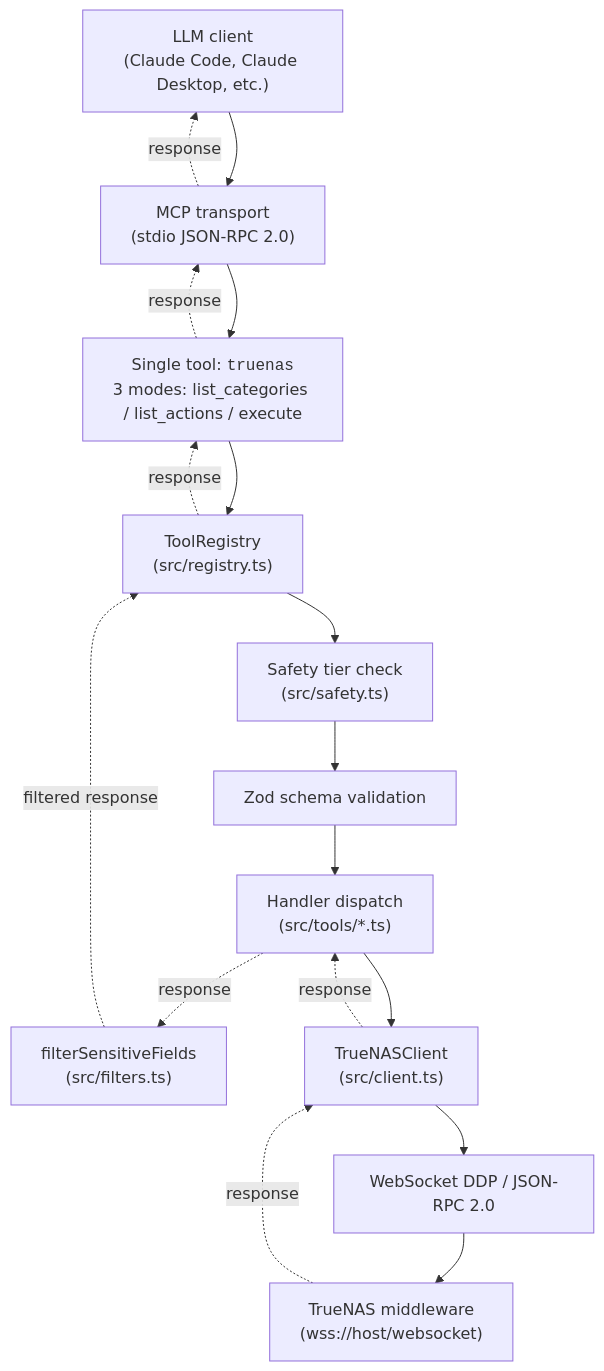
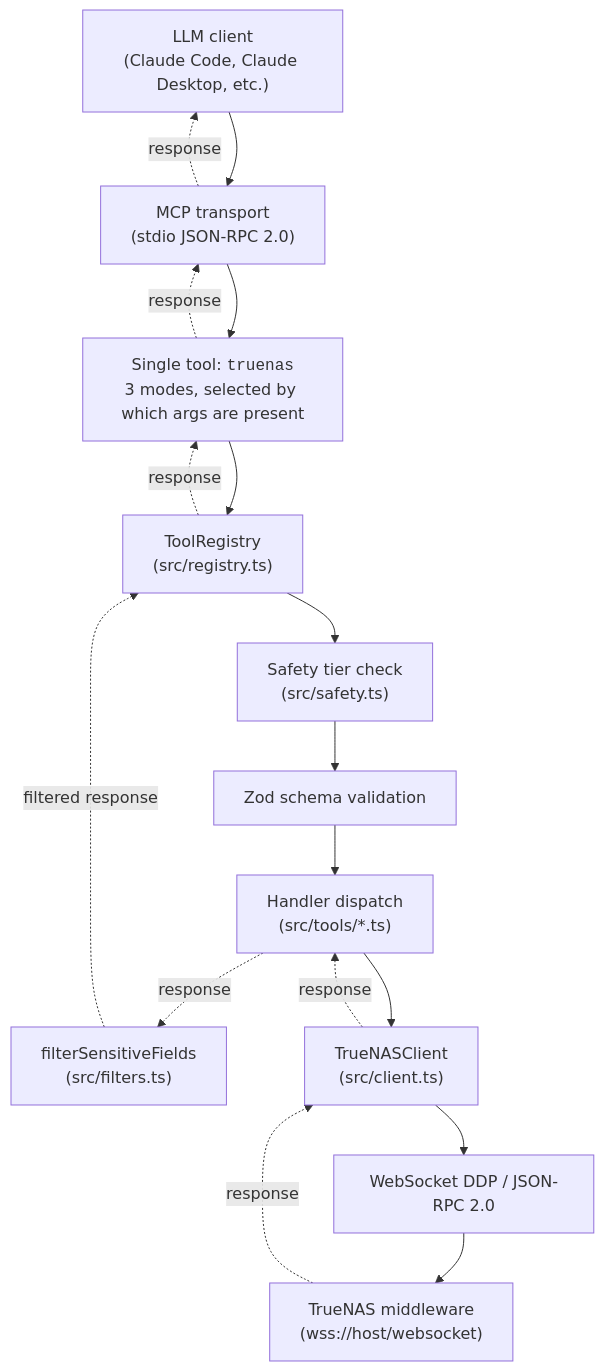
Before and after one commit to staticrevolution-com/sr-truenas-mcp: the first of 5 diagrams in docs/ARCHITECTURE.md, drawn with Mermaid. The commit also changed other lines of this file and 16 other files, not shown here.

````diff
--- a/docs/ARCHITECTURE.md
+++ b/docs/ARCHITECTURE.md
@@ -24,28 +24,28 @@
 ```mermaid
 flowchart TD
     LLM["LLM client<br/>(Claude Code, Claude Desktop, etc.)"]
     MCP["MCP transport<br/>(stdio JSON-RPC 2.0)"]
-    Tool["Single tool: <code>truenas</code><br/>3 modes: list_categories / list_actions / execute"]
+    Tool["Single tool: <code>truenas</code><br/>3 modes, selected by which args are present"]
     Reg["ToolRegistry<br/>(src/registry.ts)"]
     Safety["Safety tier check<br/>(src/safety.ts)"]
     Schema["Zod schema validation"]
     Handler["Handler dispatch<br/>(src/tools/*.ts)"]
     Filter["filterSensitiveFields<br/>(src/filters.ts)"]
     Client["TrueNASClient<br/>(src/client.ts)"]
     WS["WebSocket DDP / JSON-RPC 2.0"]
     TN["TrueNAS middleware<br/>(wss://host/websocket)"]
 
     LLM --> MCP --> Tool --> Reg
     Reg --> Safety
     Safety --> Schema
     Schema --> Handler
     Handler --> Client
     Client --> WS --> TN
     TN -. response .-> Client
     Client -. response .-> Handler
     Handler -. response .-> Filter
     Filter -. filtered response .-> Reg
     Reg -. response .-> Tool
     Tool -. response .-> MCP
     MCP -. response .-> LLM
 ```
````
